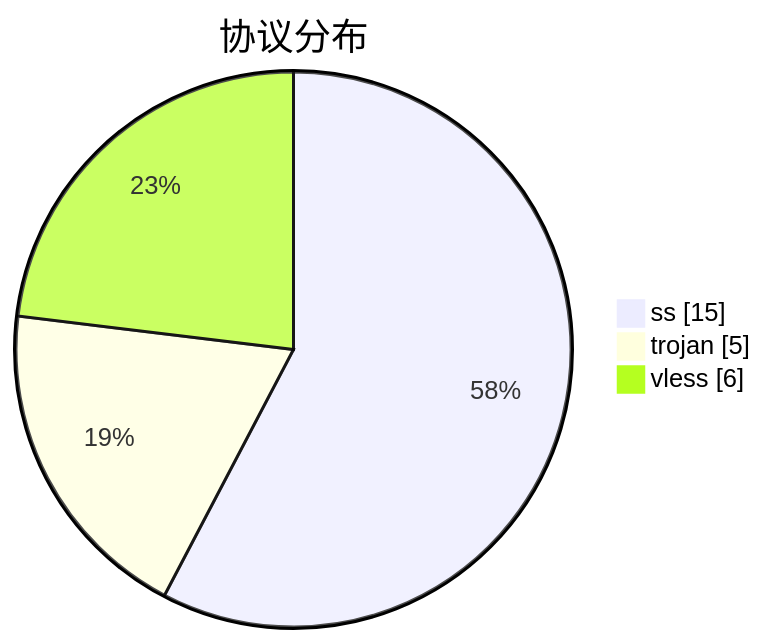
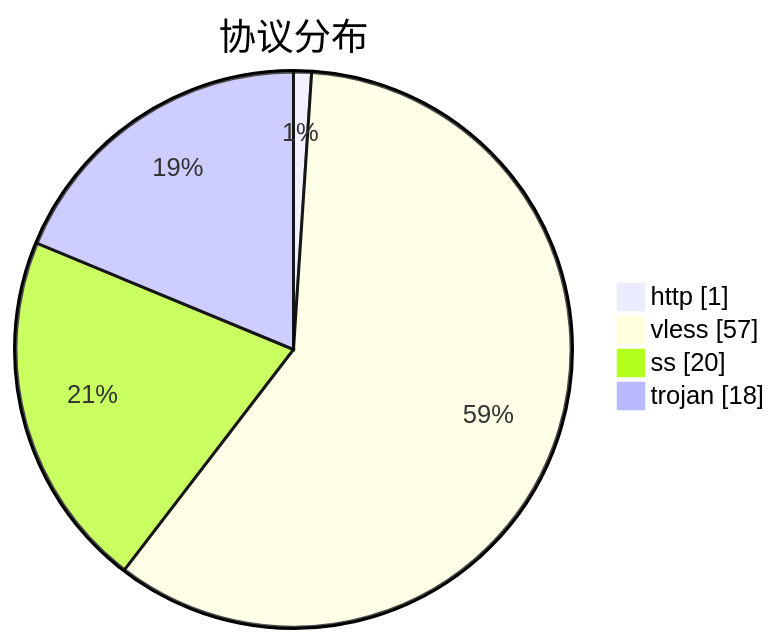
Before and after one commit to qjlxg/airport: the third of 3 diagrams in subs/statistics/tested_within.md, drawn with Mermaid. The commit also changed other lines of this file and 2 other files, not shown here.

````diff
--- a/subs/statistics/tested_within.md
+++ b/subs/statistics/tested_within.md
@@ -14,7 +17,8 @@
 ```mermaid
 pie showData
 title 协议分布
-"ss" : 15
-"trojan" : 5
-"vless" : 6
+"http" : 1
+"vless" : 57
+"ss" : 20
+"trojan" : 18
 ```
````
